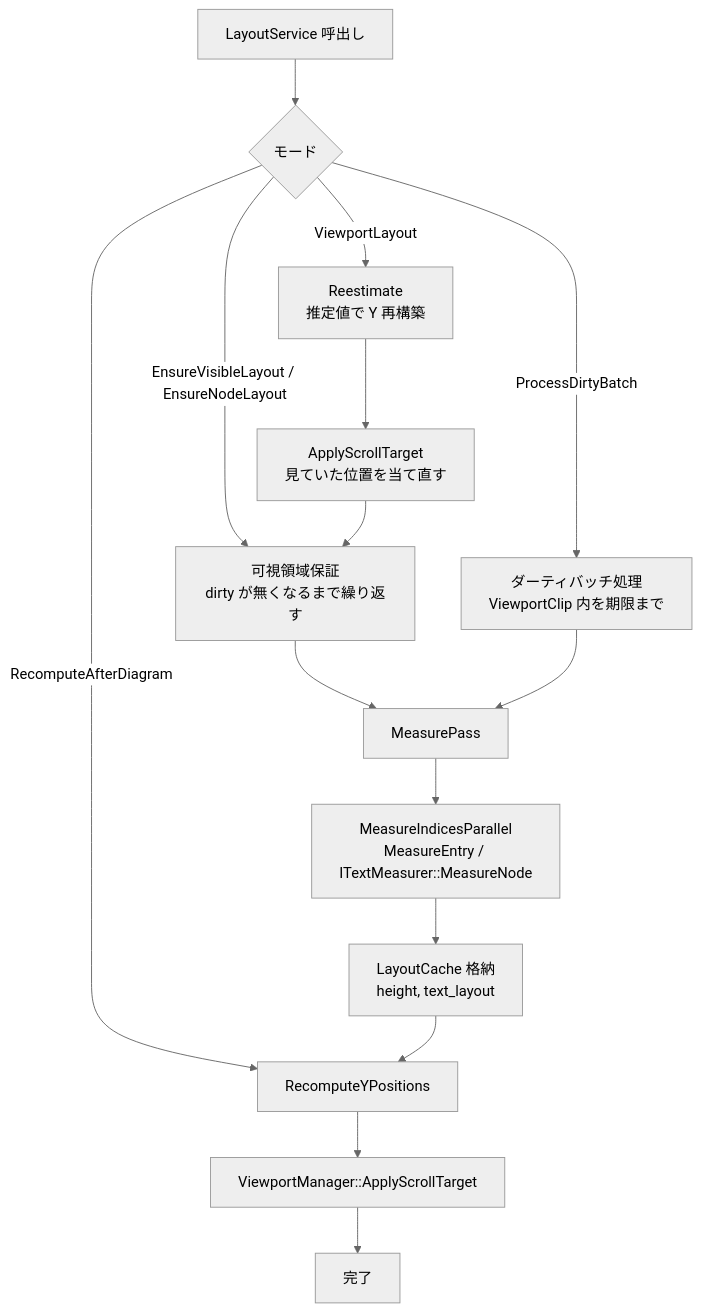
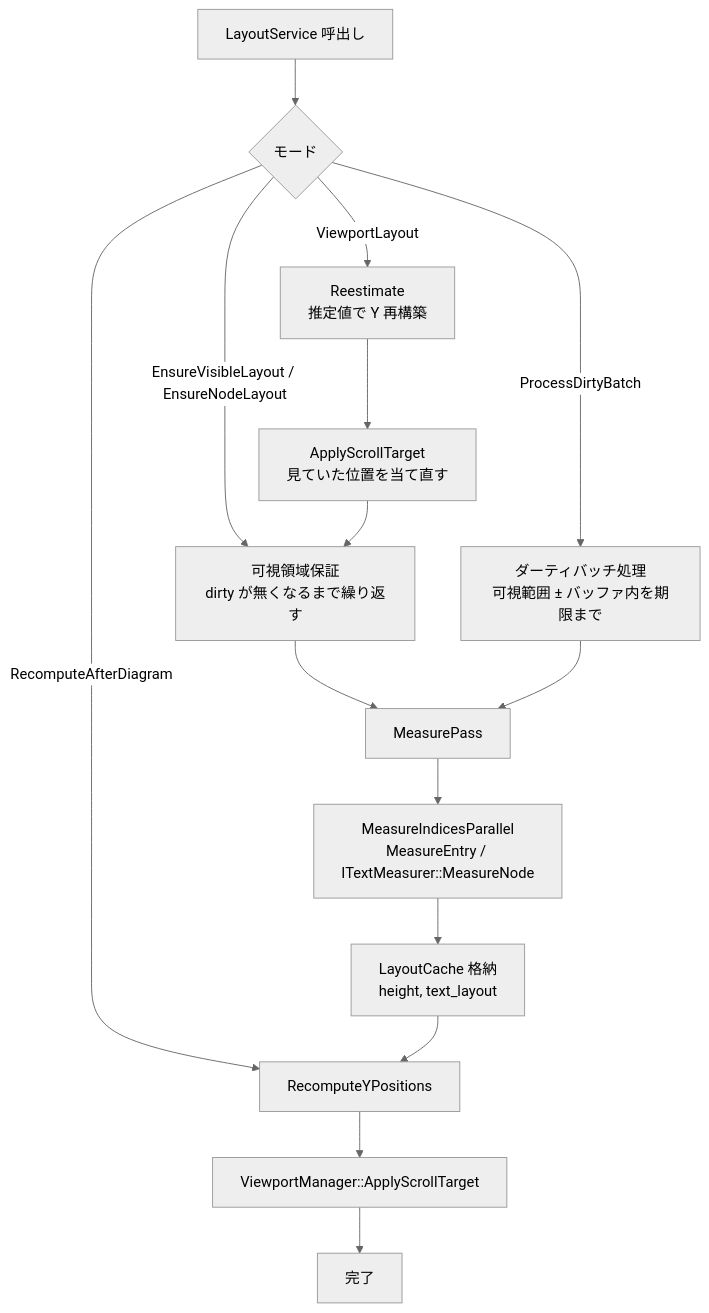
Before and after one commit to tanaton/mendo: the seventh of 27 diagrams in example/test.md, drawn with Mermaid (neutral theme). The commit also changed other lines of this file and 161 other files, not shown here.

````diff
--- a/example/test.md
+++ b/example/test.md
@@ -1039,19 +1031,19 @@
 ```mermaid
 flowchart TB
     START[LayoutService 呼出し] --> MODE{モード}
     MODE -->|ViewportLayout| REEST[Reestimate<br>推定値で Y 再構築]
     MODE -->|EnsureVisibleLayout / EnsureNodeLayout| ENSURE[可視領域保証<br>dirty が無くなるまで繰り返す]
-    MODE -->|ProcessDirtyBatch| BATCH[ダーティバッチ処理<br>ViewportClip 内を期限まで]
+    MODE -->|ProcessDirtyBatch| BATCH[ダーティバッチ処理<br>可視範囲 ± バッファ内を期限まで]
     MODE -->|RecomputeAfterDiagram| YPOS
 
     REEST --> TARGET[ApplyScrollTarget<br>見ていた位置を当て直す]
     TARGET --> ENSURE
     ENSURE --> PASS[MeasurePass]
     BATCH --> PASS
     PASS --> MEASURE[MeasureIndicesParallel<br>MeasureEntry / ITextMeasurer::MeasureNode]
 
     MEASURE --> CACHE[LayoutCache 格納<br>height, text_layout]
     CACHE --> YPOS[RecomputeYPositions]
     YPOS --> APPLY[ViewportManager::ApplyScrollTarget]
     APPLY --> DONE[完了]
 ```
````
